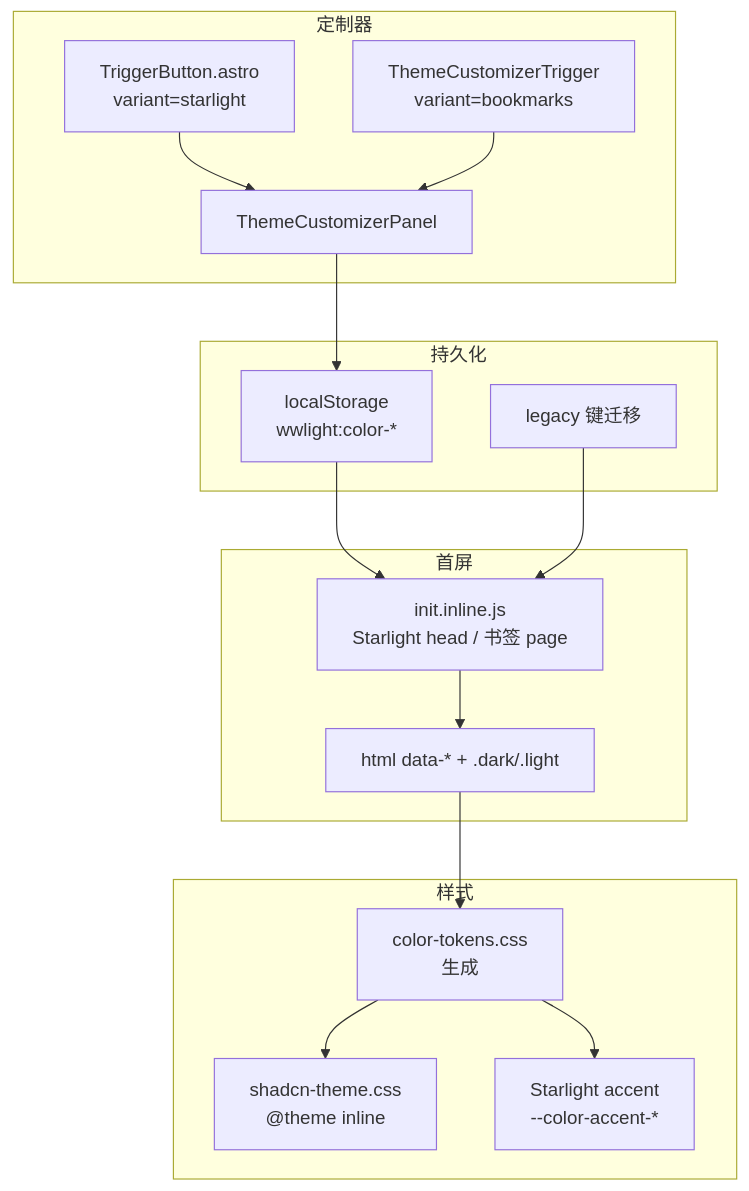
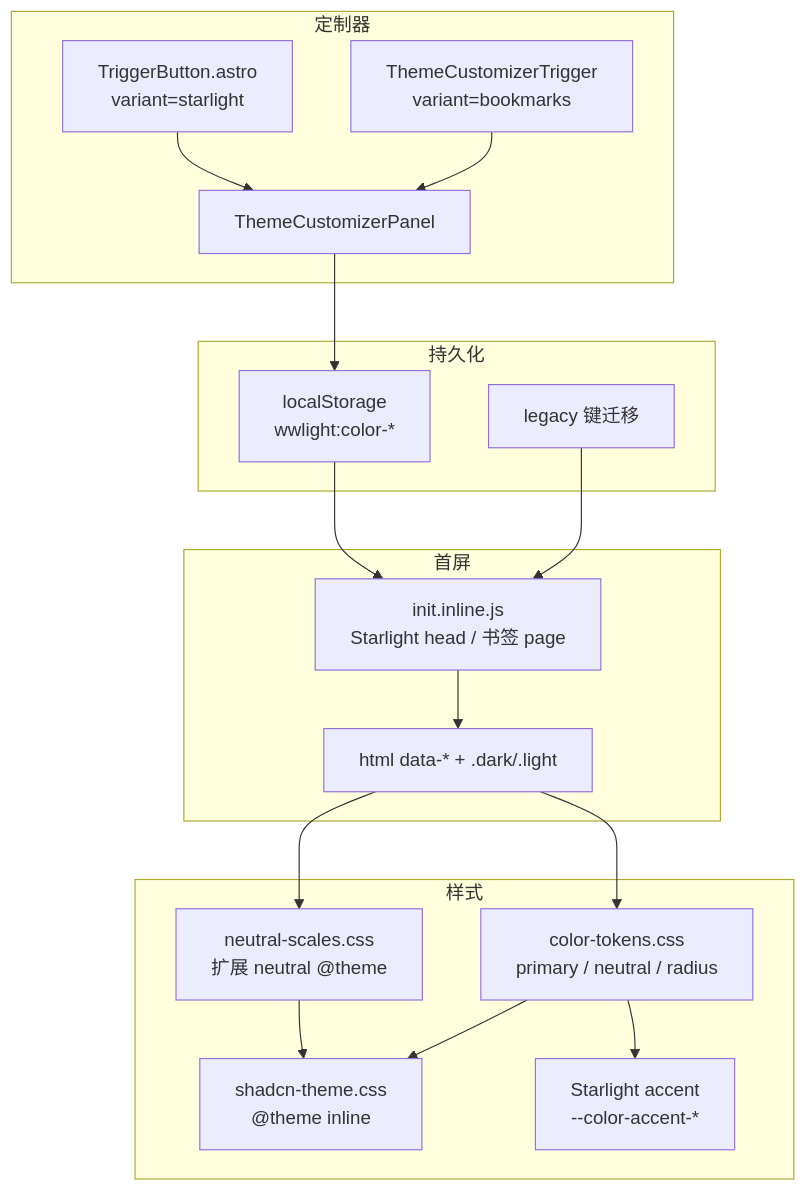
Before and after one commit to wwlight/wwlight.github.io: the diagram in src/content/docs/blog/theme/index.mdx, drawn with Mermaid. The commit also changed other lines of this file and 9 other files, not shown here.

````diff
--- a/src/content/docs/blog/theme/index.mdx
+++ b/src/content/docs/blog/theme/index.mdx
@@ -22,34 +22,37 @@
 ```mermaid
 flowchart TB
   subgraph persist["持久化"]
     LS["localStorage<br/>wwlight:color-*"]
     Legacy["legacy 键迁移"]
   end
 
   subgraph boot["首屏"]
     Init["init.inline.js<br/>Starlight head / 书签 page"]
     DOM["html data-* + .dark/.light"]
   end
 
   subgraph css["样式"]
-    Tokens["color-tokens.css<br/>生成"]
+    Scales["neutral-scales.css<br/>扩展 neutral @theme"]
+    Tokens["color-tokens.css<br/>primary / neutral / radius"]
     Shadcn["shadcn-theme.css<br/>@theme inline"]
     SL["Starlight accent<br/>--color-accent-*"]
   end
 
   subgraph ui["定制器"]
     Panel["ThemeCustomizerPanel"]
     SLTrig["TriggerButton.astro<br/>variant=starlight"]
     BmkTrig["ThemeCustomizerTrigger<br/>variant=bookmarks"]
   end
 
   LS --> Init
   Legacy --> Init
   Init --> DOM
+  DOM --> Scales
   DOM --> Tokens
+  Scales --> Shadcn
   Tokens --> SL
   Tokens --> Shadcn
   Panel --> LS
   SLTrig --> Panel
   BmkTrig --> Panel
 ```
````
